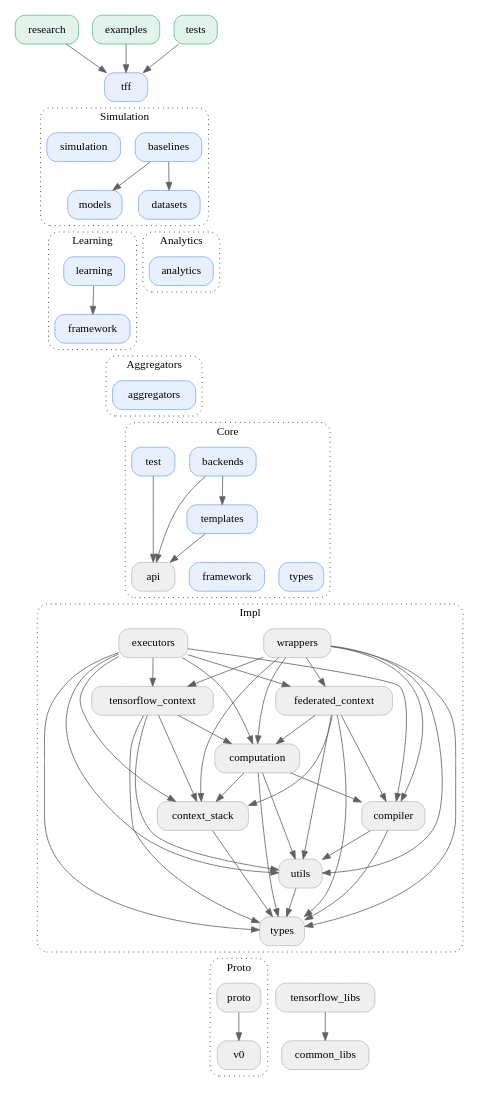
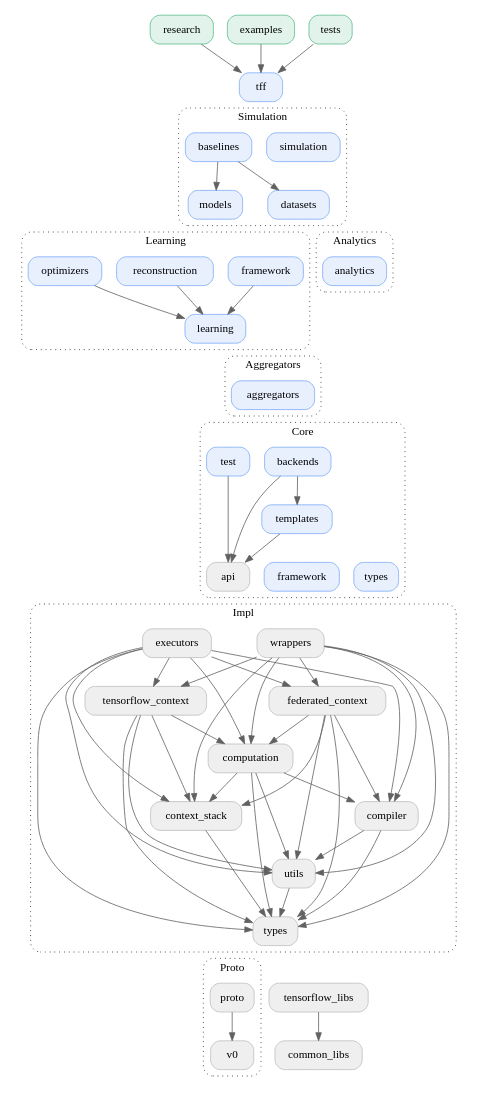
One commit to google-parfait/tensorflow-federated changed the diagram in docs/design/package_structure.dot. Above: the diagram before and after it, drawn with Graphviz. The commit also changed 3 other files, not shown here.

```diff
--- a/docs/design/package_structure.dot
+++ b/docs/design/package_structure.dot
@@ -1,166 +1,176 @@
 digraph {
   graph [style="dotted,rounded", size="9 100"]
   node [shape="box", style="rounded,filled", fillcolor="#efefef", color="#bdbdbd"]
   edge [color="#616161"]
   newrank=true
 
   // Using TFF
   research -> tff
   examples -> tff
   tests -> tff
 
   research [href="#research" target="_parent", fillcolor="#E2F3EB", color="#57BB8A"]
   examples [href="#examples" target="_parent", fillcolor="#E2F3EB", color="#57BB8A"]
   tests [href="#tests" target="_parent", fillcolor="#E2F3EB", color="#57BB8A"]
 
   // TFF
   tff -> simulation [arrowhead="none", style="invisible"]
   tff -> simulation_baselines [arrowhead="none", style="invisible"]
 
   tff [href="#tff" target="_parent", fillcolor="#E8F0FE", color="#7BAAF7"]
 
   // Simulation
   simulation_baselines -> simulation_models
   simulation_baselines -> simulation_datasets
-  simulation -> simulation_baselines [arrowhead="none", style="invisible"]
-  simulation_models -> learning [arrowhead="none", style="invisible"]
+
+  simulation_models -> learning_framework [arrowhead="none", style="invisible"]
+  simulation_models -> learning_optimizers [arrowhead="none", style="invisible"]
+  simulation_models -> learning_reconstruction [arrowhead="none", style="invisible"]
   simulation_datasets -> analytics [arrowhead="none", style="invisible"]
 
   subgraph cluster_simulation {
     graph [label="Simulation", href="#tff-simulation" target="_parent"]
-    simulation [href="#tff-simulation" target="_parent", fillcolor="#E8F0FE", color="#7BAAF7"]
     simulation_baselines [label="baselines", href="#tff-simulation" target="_parent", fillcolor="#E8F0FE", color="#7BAAF7"]
     simulation_models [label="models", href="#tff-simulation" target="_parent", fillcolor="#E8F0FE", color="#7BAAF7"]
     simulation_datasets [label="datasets", href="#tff-simulation" target="_parent", fillcolor="#E8F0FE", color="#7BAAF7"]
+    simulation [href="#tff-simulation" target="_parent", fillcolor="#E8F0FE", color="#7BAAF7"]
   }
 
   // Learning
-  learning -> learning_framework
-  learning_framework -> aggregators [arrowhead="none", style="invisible"]
+  learning_framework -> learning
+  learning_optimizers -> learning
+  learning_reconstruction -> learning
+
+  learning_framework -> learning_optimizers [arrowhead="none", style="invisible"]
+  learning_optimizers -> learning_reconstruction [arrowhead="none", style="invisible"]
+  learning -> aggregators [arrowhead="none", style="invisible"]
 
   subgraph cluster_learning {
     graph [label="Learning", href="#tff-learning" target="_parent"]
+    learning_framework [label="framework", href="#tff-learning" target="_parent", fillcolor="#E8F0FE", color="#7BAAF7"]
+    learning_optimizers [label="optimizers", href="#tff-learning" target="_parent", fillcolor="#E8F0FE", color="#7BAAF7"]
+    learning_reconstruction [label="reconstruction", href="#tff-learning" target="_parent", fillcolor="#E8F0FE", color="#7BAAF7"]
     learning [href="#tff-learning" target="_parent", fillcolor="#E8F0FE", color="#7BAAF7"]
-    learning_framework [label="framework", href="#tff-learning" target="_parent", fillcolor="#E8F0FE", color="#7BAAF7"]
   }
 
   // Analytics
   analytics -> aggregators [arrowhead="none", style="invisible"]
 
   subgraph cluster_analytics {
     graph [label="Analytics", href="#tff-analytics" target="_parent"]
     analytics [href="#tff-analytics" target="_parent", fillcolor="#E8F0FE", color="#7BAAF7"]
   }
 
   // Aggregators
   aggregators -> core_backends [arrowhead="none", style="invisible"]
   aggregators -> core_test [arrowhead="none", style="invisible"]
 
   subgraph cluster_aggregators {
     graph [label="Aggregators", href="#tff-aggregators" target="_parent"]
     aggregators [href="#tff-learning" target="_parent", fillcolor="#E8F0FE", color="#7BAAF7"]
   }
 
   // Core
   core_backends -> core_api
   core_backends -> core_templates
   core_templates -> core_api
   core_test -> core_api
+
   core_api -> core_framework [arrowhead="none", style="invisible"]
   core_framework -> core_types [arrowhead="none", style="invisible"]
+  core_api -> impl_wrappers [arrowhead="none", style="invisible"]
+  core_api -> impl_executors [arrowhead="none", style="invisible"]
 
   subgraph cluster_core {
     graph [label="Core", href="#tff-core" target="_parent"]
     core_backends [label="backends", href="#tff-core" target="_parent", fillcolor="#E8F0FE", color="#7BAAF7"]
     core_templates [label="templates", href="#tff-core" target="_parent", fillcolor="#E8F0FE", color="#7BAAF7"]
     core_test [label="test", href="#tff-core" target="_parent", fillcolor="#E8F0FE", color="#7BAAF7"]
     core_api [label="api", href="#tff-core" target="_parent"]
     core_framework [label="framework", href="#tff-core" target="_parent", fillcolor="#E8F0FE", color="#7BAAF7"]
     core_types [label="types", href="#tff-types" target="_parent", fillcolor="#E8F0FE", color="#7BAAF7"]
   }
-
-  core_api -> impl_wrappers [arrowhead="none", style="invisible"]
-  core_api -> impl_executors [arrowhead="none", style="invisible"]
 
   // Impl
   impl_wrappers -> impl_tensorflow_context
   impl_wrappers -> impl_federated_context
   impl_wrappers -> impl_computation
   impl_wrappers -> impl_compiler
   impl_wrappers -> impl_utils
   impl_wrappers -> impl_context_stack
   impl_wrappers -> impl_types
   impl_executors -> impl_tensorflow_context
   impl_executors -> impl_federated_context
   impl_executors -> impl_computation
   impl_executors -> impl_compiler
   impl_executors -> impl_utils
   impl_executors -> impl_context_stack
   impl_executors -> impl_types
   impl_tensorflow_context -> impl_computation
   impl_tensorflow_context -> impl_utils
   impl_tensorflow_context -> impl_context_stack
   impl_tensorflow_context -> impl_types
   impl_federated_context -> impl_computation
   impl_federated_context -> impl_compiler
   impl_federated_context -> impl_utils
   impl_federated_context -> impl_context_stack
   impl_federated_context -> impl_types
   impl_computation -> impl_compiler
   impl_computation -> impl_utils
   impl_computation -> impl_context_stack
   impl_computation -> impl_types
   impl_compiler -> impl_types
   impl_compiler -> impl_utils
   impl_context_stack -> impl_types
   impl_utils -> impl_types
+
   impl_types -> proto [arrowhead="none", style="invisible"]
   impl_types -> tensorflow_libs [arrowhead="none", style="invisible"]
 
   subgraph cluster_impl {
     graph [label="Impl", href="#tff-impl" target="_parent"]
     impl_wrappers [label="wrappers", href="#tff-impl" target="_parent"]
     impl_executors [label="executors", href="#tff-impl" target="_parent"]
     impl_tensorflow_context [label="tensorflow_context", href="#tff-impl" target="_parent"]
     impl_federated_context [label="federated_context", href="#tff-impl" target="_parent"]
     impl_computation [label="computation", href="#tff-impl" target="_parent"]
     impl_compiler [label="compiler", href="#tff-impl" target="_parent"]
     impl_context_stack [label="context_stack", href="#tff-impl" target="_parent"]
     impl_utils [label="utils", href="#tff-impl" target="_parent"]
     impl_types [label="types", href="#tff-impl" target="_parent"]
   }
 
   // Proto
   proto -> proto_v0
 
   subgraph cluster_proto {
     graph [label="Proto", href="#tff-proto" target="_parent"]
     proto [href="#tff-proto" target="_parent"]
     proto_v0 [label="v0" href="#tff-proto" target="_parent"]
   }
 
   // Other
   tensorflow_libs [href="#tff-tensorflow-libs" target="_parent"]
   common_libs [href="#tff-common-libs" target="_parent"]
   tensorflow_libs -> common_libs
 
   // Layout
   {rank=same; examples, tests, research}
   {rank=same; tff}
   {rank=same; simulation, simulation_baselines}
   {rank=same; simulation_models, simulation_datasets}
-  {rank=same; learning, analytics}
-  {rank=same; learning_framework}
+  {rank=same; learning_framework, learning_optimizers, learning_reconstruction, analytics}
+  {rank=same; learning}
   {rank=same; aggregators}
   {rank=same; core_backends, core_test}
   {rank=same; core_templates}
   {rank=same; core_api, core_framework, core_types}
   {rank=same; impl_executors, impl_wrappers}
   {rank=same; impl_tensorflow_context, impl_federated_context}
   {rank=same; impl_computation}
   {rank=same; impl_compiler, impl_context_stack}
   {rank=same; impl_utils}
   {rank=same; impl_types}
   {rank=same; proto, tensorflow_libs}
   {rank=same; common_libs}
 }
```
